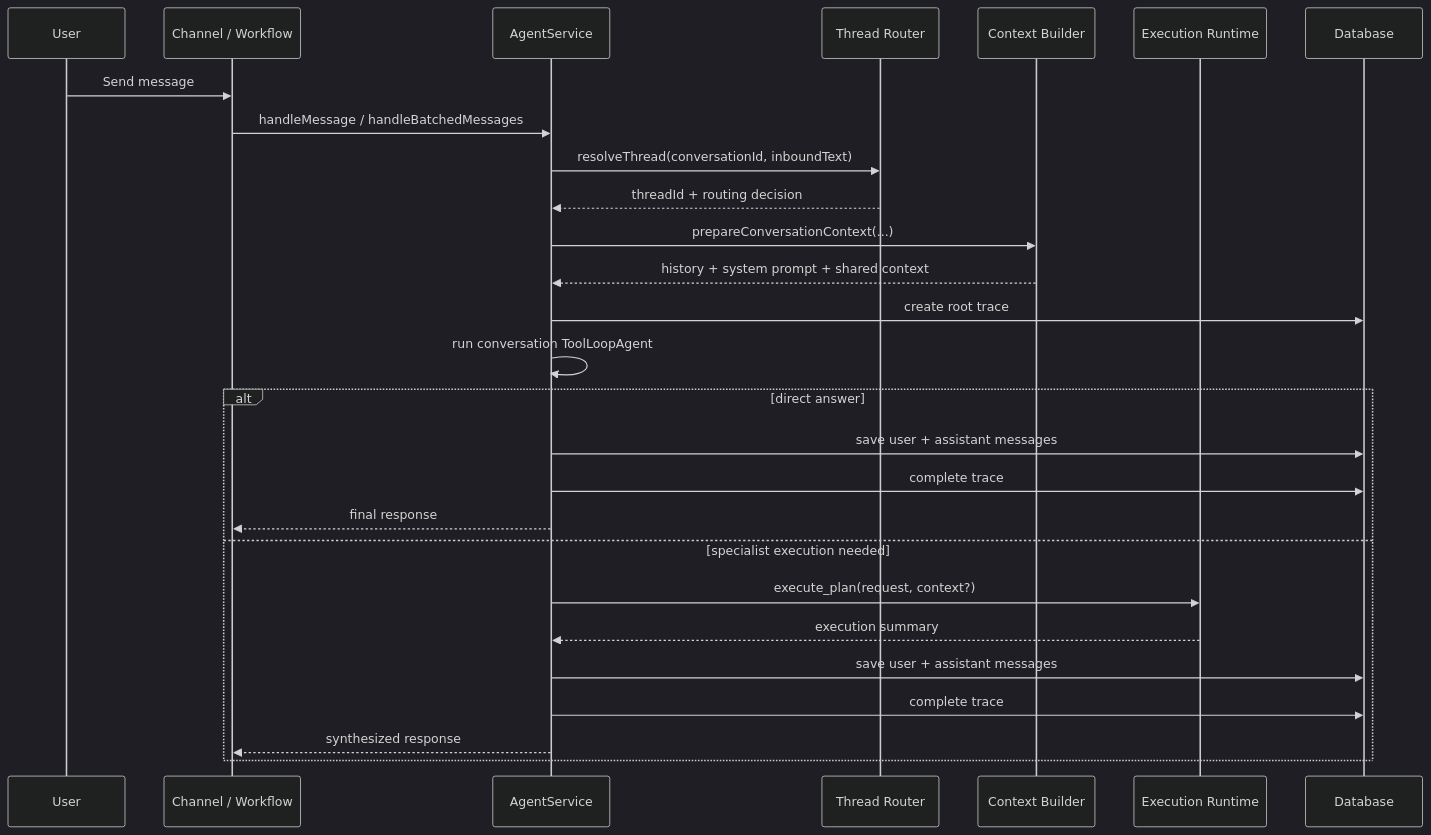
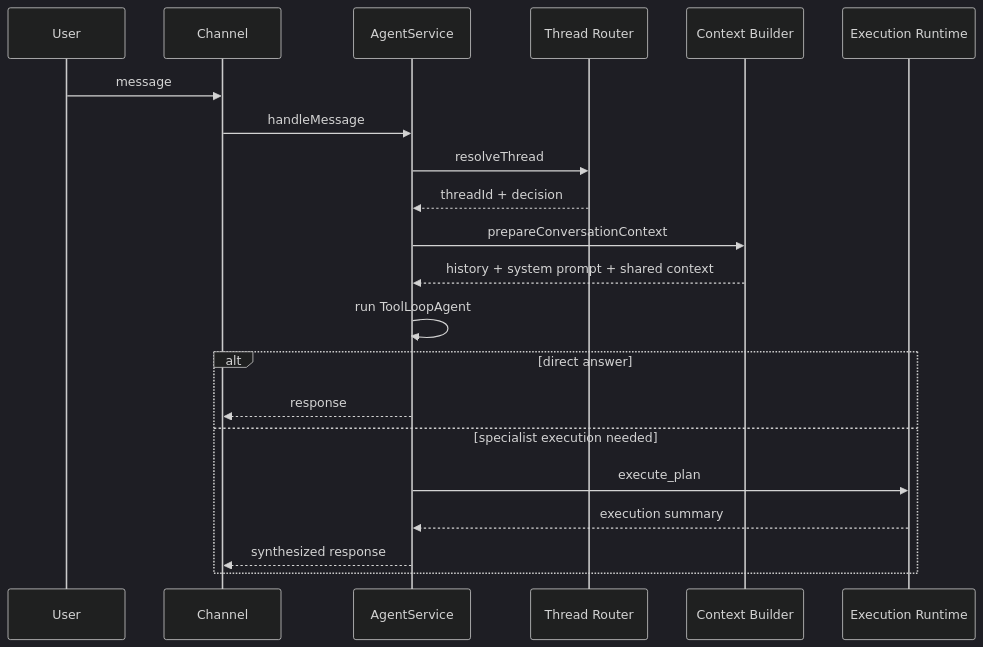
The first of 3 diagrams in docs/AGENT.md (punitarani/amby), drawn with Mermaid (dark theme) before and after one commit. The commit also changed other lines of this file, not shown here.

First line of the commit message:
Rewrite docs/AGENT.md with concise diagrams, tables, and verified source references

````diff
--- a/docs/AGENT.md
+++ b/docs/AGENT.md
@@ -42,31 +22,25 @@
 ```mermaid
 sequenceDiagram
     participant U as User
-    participant Ch as Channel / Workflow
+    participant Ch as Channel
     participant A as AgentService
     participant R as Thread Router
     participant Ctx as Context Builder
     participant X as Execution Runtime
-    participant DB as Database
 
-    U->>Ch: Send message
-    Ch->>A: handleMessage / handleBatchedMessages
-    A->>R: resolveThread(conversationId, inboundText)
-    R-->>A: threadId + routing decision
-    A->>Ctx: prepareConversationContext(...)
+    U->>Ch: message
+    Ch->>A: handleMessage
+    A->>R: resolveThread
+    R-->>A: threadId + decision
+    A->>Ctx: prepareConversationContext
     Ctx-->>A: history + system prompt + shared context
-    A->>DB: create root trace
-    A->>A: run conversation ToolLoopAgent
+    A->>A: run ToolLoopAgent
 
     alt direct answer
-        A->>DB: save user + assistant messages
-        A->>DB: complete trace
-        A-->>Ch: final response
+        A-->>Ch: response
     else specialist execution needed
-        A->>X: execute_plan(request, context?)
+        A->>X: execute_plan
         X-->>A: execution summary
-        A->>DB: save user + assistant messages
-        A->>DB: complete trace
         A-->>Ch: synthesized response
     end
 ```
````
